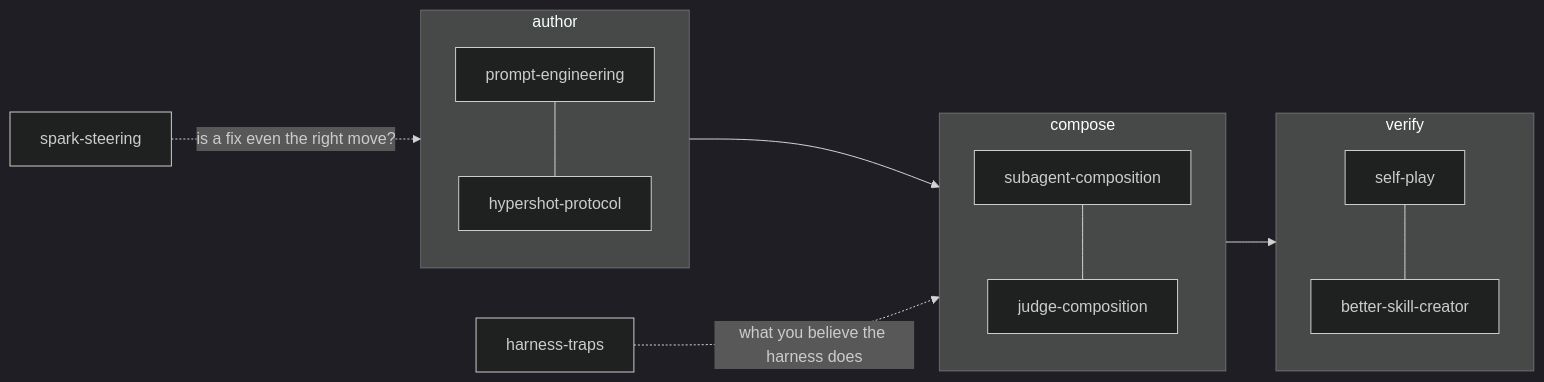
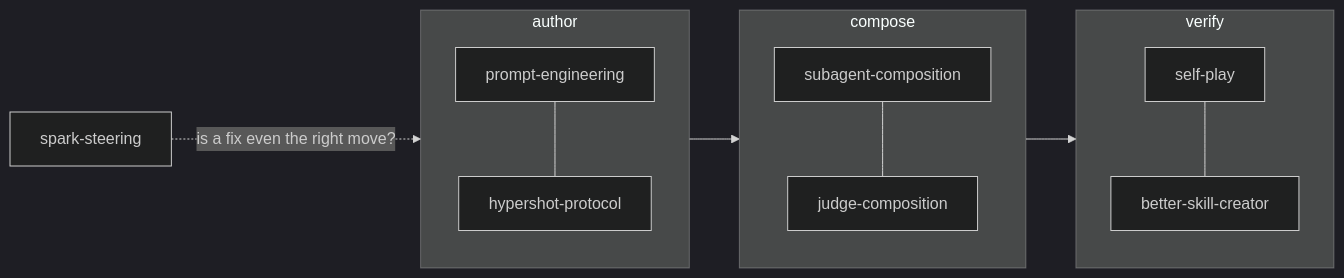
One commit to OpenCnid/dovetail changed the diagram in README.md. Above: the diagram before and after it, drawn with Mermaid (dark theme). The commit also changed other lines of this file and 5 other files, not shown here.

First line of the commit message:
Remove harness-traps from the pack

````diff
--- a/README.md
+++ b/README.md
@@ -17,15 +17,14 @@
 ```mermaid
 flowchart LR
     subgraph author["author"]
         pe["prompt-engineering"] --- hs["hypershot-protocol"]
     end
     subgraph compose["compose"]
         sc["subagent-composition"] --- jc["judge-composition"]
     end
     subgraph verify["verify"]
         sp["self-play"] --- bsc["better-skill-creator"]
     end
     author --> compose --> verify
-    ht["harness-traps"] -.->|"what you believe the harness does"| compose
     ss["spark-steering"] -.->|"is a fix even the right move?"| author
 ```
````
